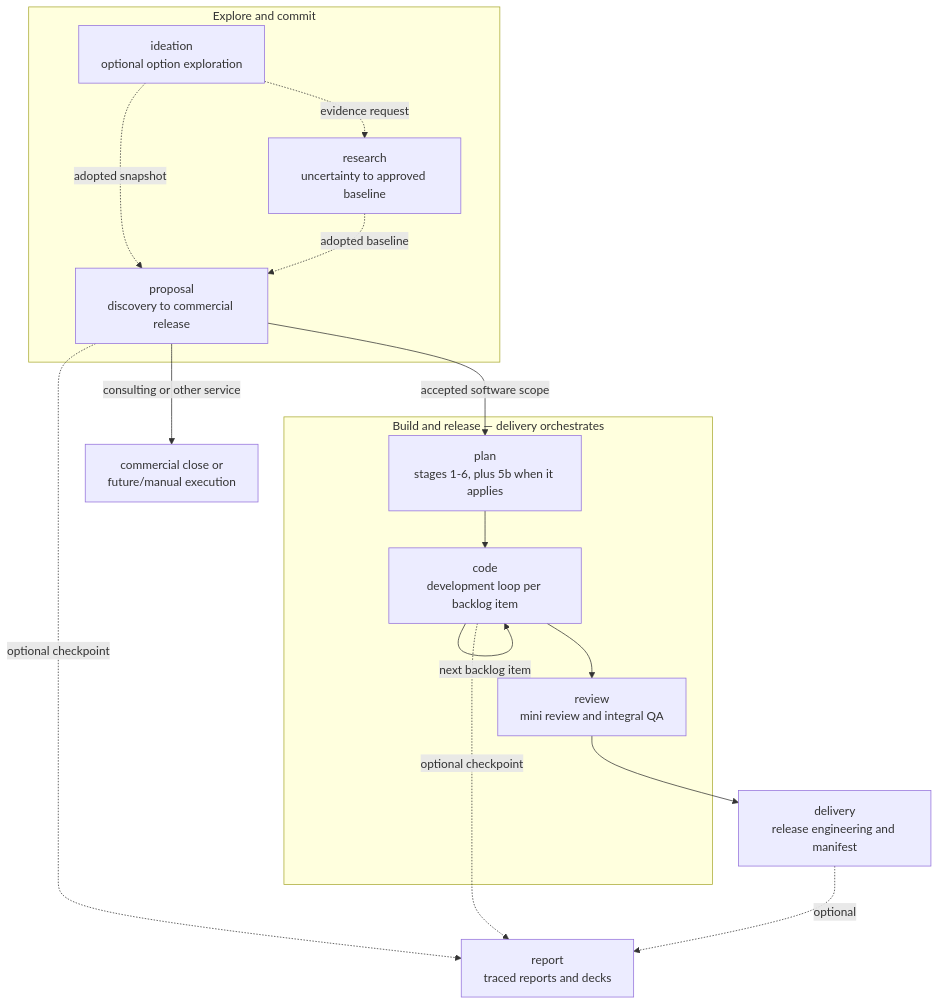
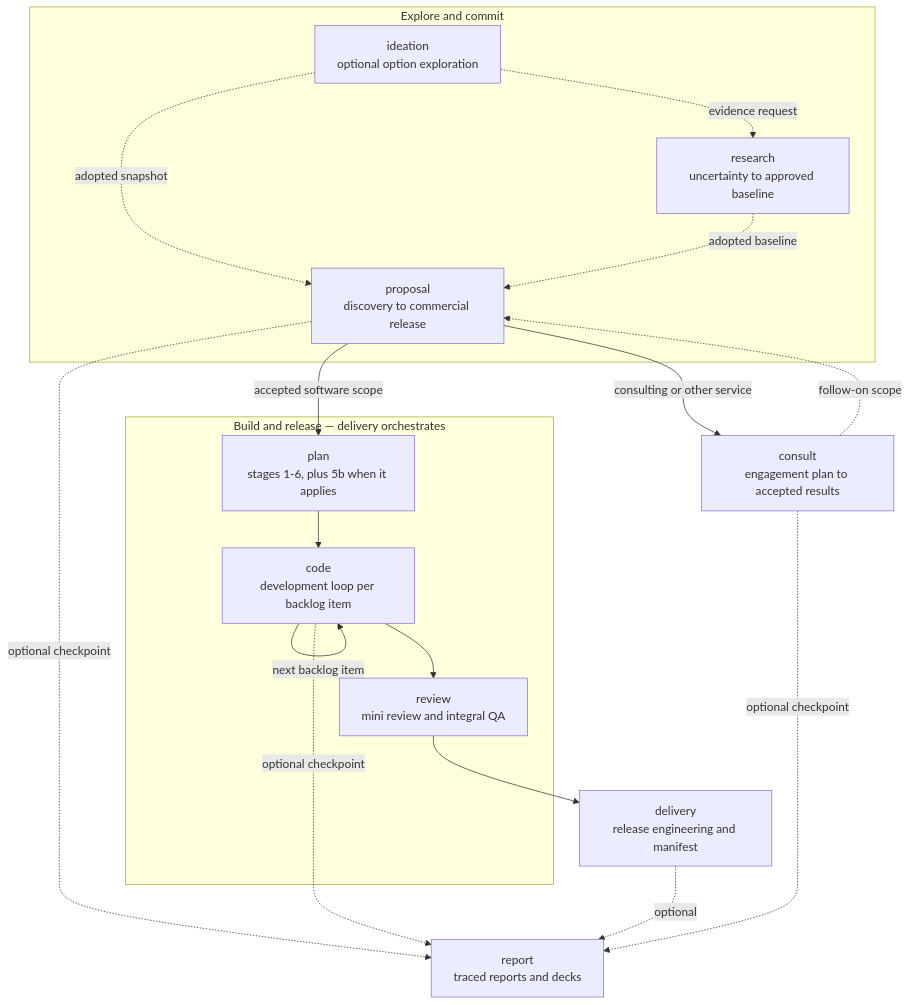
Before and after one commit to flaviogragnolati/ai-workflow: the diagram in README.md, drawn with Mermaid. The commit also changed other lines of this file and 31 other files, not shown here.

````diff
--- a/README.md
+++ b/README.md
@@ -67,25 +68,27 @@
 ```mermaid
 flowchart TB
     subgraph EXPLORE["Explore and commit"]
         IDE["ideation<br/>optional option exploration"]
         RES["research<br/>uncertainty to approved baseline"]
         PRO["proposal<br/>discovery to commercial release"]
     end
     subgraph BUILD["Build and release — delivery orchestrates"]
         PLN["plan<br/>stages 1-6, plus 5b when it applies"]
         COD["code<br/>development loop per backlog item"]
         REV["review<br/>mini review and integral QA"]
     end
     IDE -. "adopted snapshot" .-> PRO
     IDE -. "evidence request" .-> RES
     RES -. "adopted baseline" .-> PRO
     PRO -->|"accepted software scope"| PLN
-    PRO -->|"consulting or other service"| MAN["commercial close or<br/>future/manual execution"]
+    PRO -->|"consulting or other service"| CON["consult<br/>engagement plan to accepted results"]
     PLN --> COD
     COD -->|"next backlog item"| COD
     COD --> REV
     REV --> SHIP["delivery<br/>release engineering and manifest"]
     PRO -. "optional checkpoint" .-> REP["report<br/>traced reports and decks"]
     COD -. "optional checkpoint" .-> REP
     SHIP -. "optional" .-> REP
+    CON -. "optional checkpoint" .-> REP
+    CON -. "follow-on scope" .-> PRO
 ```
````
